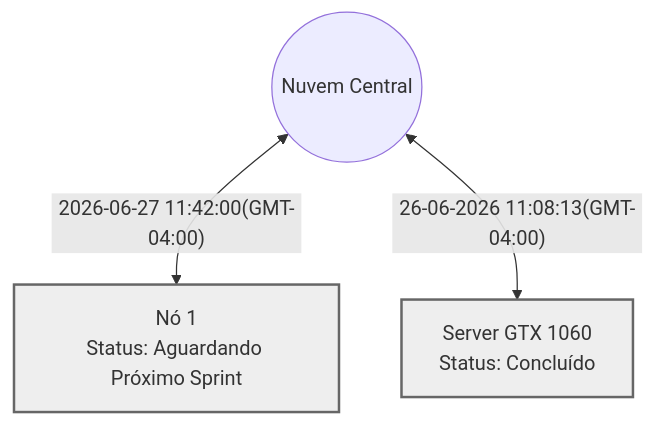
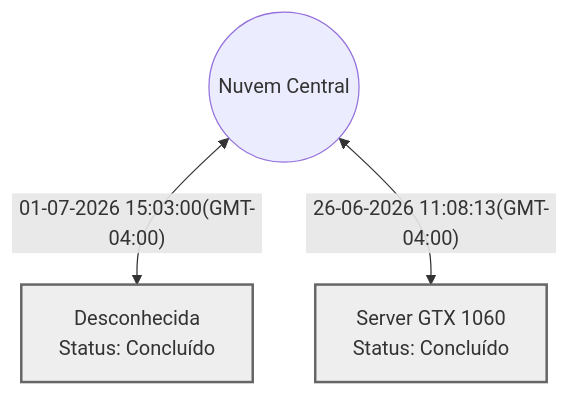
One commit to vitalia-platform/agente-local-context changed the diagram in README.md. Above: the diagram before and after it, drawn with Mermaid. The commit also changed other lines of this file and 1 other file, not shown here.

````diff
--- a/README.md
+++ b/README.md
@@ -10,10 +10,10 @@
 ```mermaid
 graph TD
   Cloud((Nuvem Central))
-  e5897140["Nó 1<br/>Status: Aguardando Próximo Sprint"]
-  Cloud <-->|"2026-06-27 11:42:00(GMT-04:00)"| e5897140
-  style e5897140 stroke:#666,stroke-width:2px,fill:#eee,color:#333
+  N/A["Desconhecida<br/>Status: Concluído"]
+  Cloud <-->|"01-07-2026 15:03:00(GMT-04:00)"| N/A
+  style N/A stroke:#666,stroke-width:2px,fill:#eee,color:#333
   e55b4d1f["Server GTX 1060<br/>Status: Concluído"]
   Cloud <-->|"26-06-2026 11:08:13(GMT-04:00)"| e55b4d1f
   style e55b4d1f stroke:#666,stroke-width:2px,fill:#eee,color:#333
 ```
````
